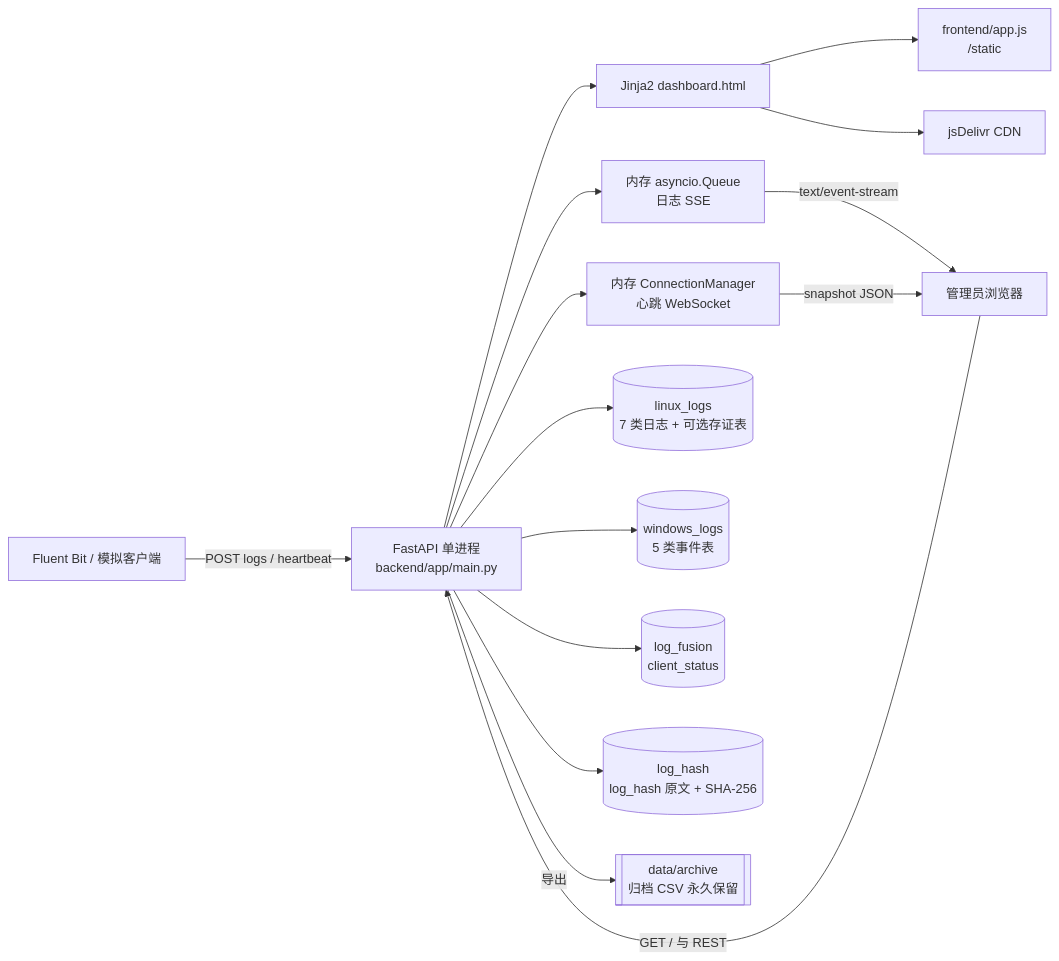
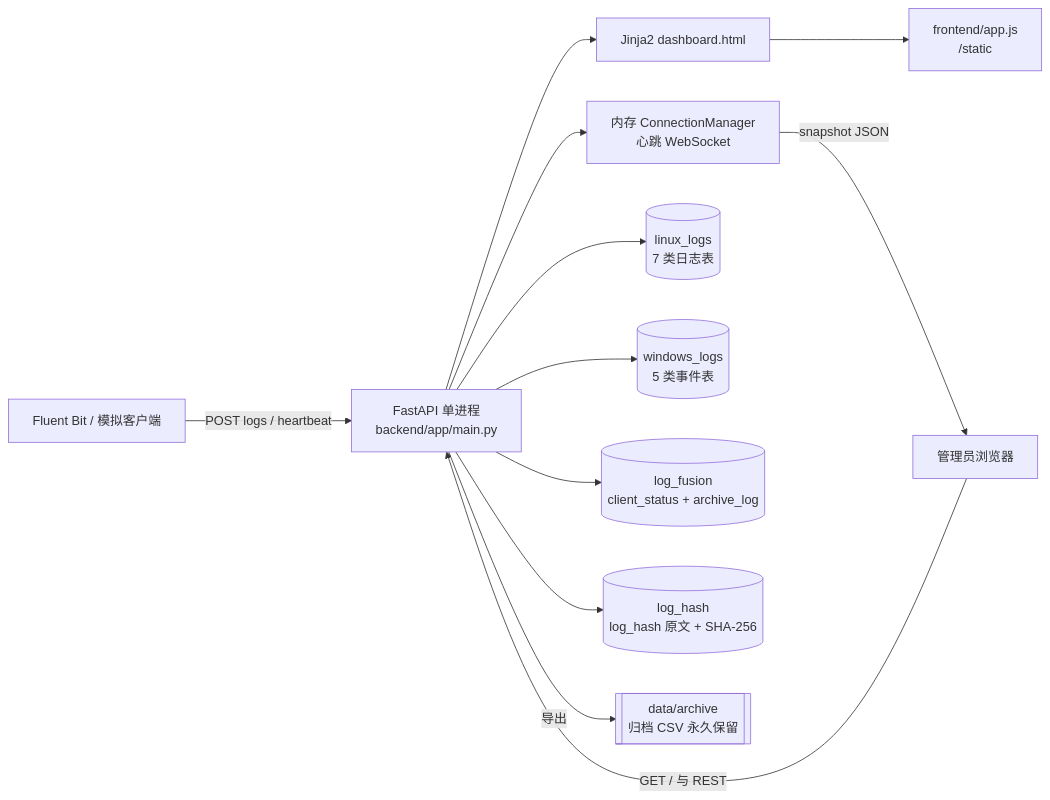
Before and after one commit to ironpillarsjq/log-fusion: the first of 3 diagrams in docs/ARCHITECTURE.md, drawn with Mermaid. The commit also changed other lines of this file and 20 other files, not shown here.

````diff
--- a/docs/ARCHITECTURE.md
+++ b/docs/ARCHITECTURE.md
@@ -9,31 +9,26 @@
 ```mermaid
 flowchart LR
     FB[Fluent Bit / 模拟客户端]
     Browser[管理员浏览器]
     App[FastAPI 单进程<br/>backend/app/main.py]
     Template[Jinja2 dashboard.html]
     Static[frontend/app.js<br/>/static]
-    SSE[内存 asyncio.Queue<br/>日志 SSE]
     WS[内存 ConnectionManager<br/>心跳 WebSocket]
-    Linux[(linux_logs<br/>7 类日志 + 可选存证表)]
+    Linux[(linux_logs<br/>7 类日志表)]
     Windows[(windows_logs<br/>5 类事件表)]
-    Monitor[(log_fusion<br/>client_status)]
+    Monitor[(log_fusion<br/>client_status + archive_log)]
     Hash[(log_hash<br/>log_hash 原文 + SHA-256)]
     Archive[[data/archive<br/>归档 CSV 永久保留]]
-    CDN[jsDelivr CDN]
 
     FB -->|POST logs / heartbeat| App
     Browser -->|GET / 与 REST| App
     App --> Template
     Template --> Static
-    Template --> CDN
     App --> Linux
     App --> Windows
     App --> Monitor
     App --> Hash
     App -->|导出| Archive
-    App --> SSE
     App --> WS
-    SSE -->|text/event-stream| Browser
     WS -->|snapshot JSON| Browser
 ```
````
